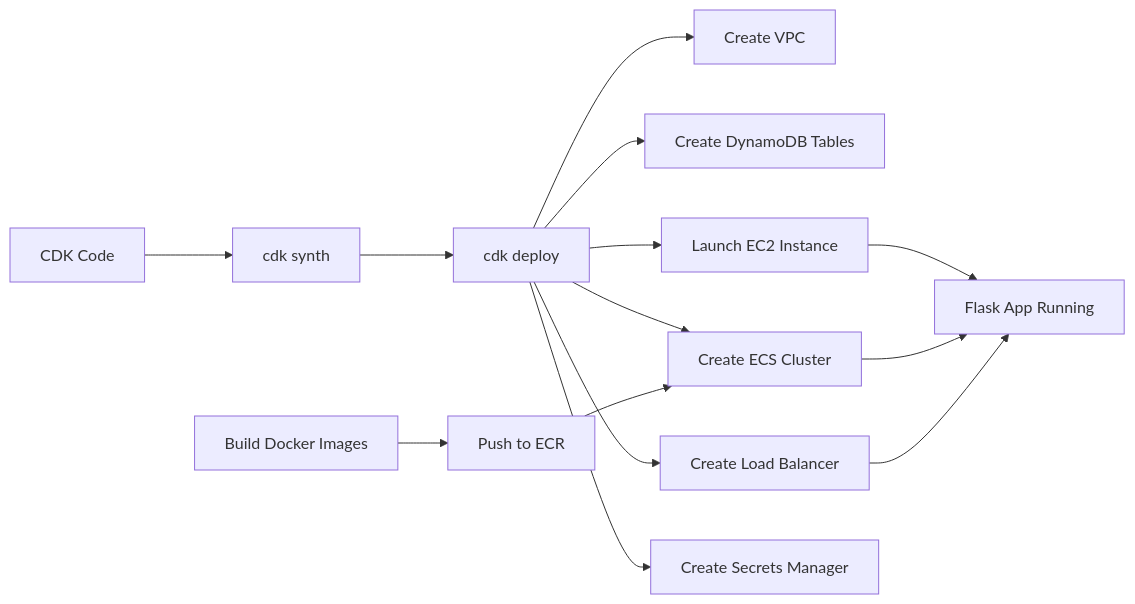
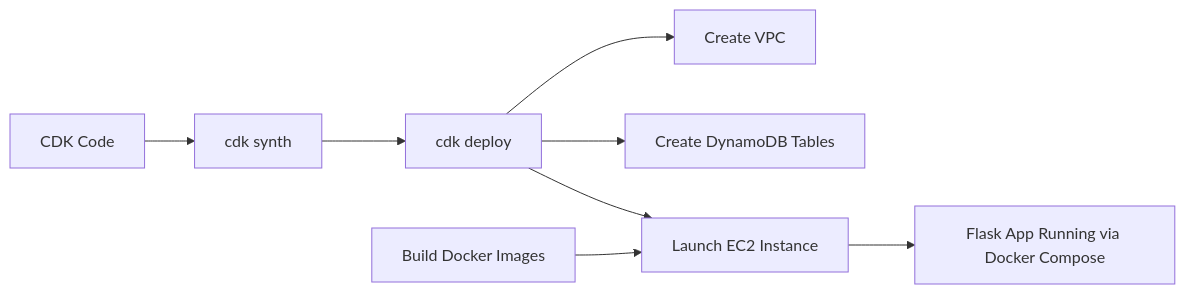
Before and after one commit to AquaCharge/aquacharge: the fifth of 5 diagrams in ARCHITECTURE_DIAGRAM.md, drawn with Mermaid. The commit also changed other lines of this file, not shown here.

Commit message:
Update architecture markdown to relfect infra

````diff
--- a/ARCHITECTURE_DIAGRAM.md
+++ b/ARCHITECTURE_DIAGRAM.md
@@ -289,17 +276,11 @@
 ```mermaid
 graph LR
     CDK[CDK Code] --> Synth[cdk synth]
     Synth --> Deploy[cdk deploy]
     Deploy --> VPC[Create VPC]
     Deploy --> Tables[Create DynamoDB Tables]
     Deploy --> EC2[Launch EC2 Instance]
-    Deploy --> ECS[Create ECS Cluster]
-    Deploy --> ALB[Create Load Balancer]
-    Deploy --> Secrets[Create Secrets Manager]
-    
-    DockerBuild[Build Docker Images] --> ECR[Push to ECR]
-    ECR --> ECS
-    EC2 --> FlaskApp[Flask App Running]
-    ECS --> FlaskApp
-    ALB --> FlaskApp
+
+    DockerBuild[Build Docker Images] --> EC2
+    EC2 --> FlaskApp[Flask App Running via Docker Compose]
 ```
````
